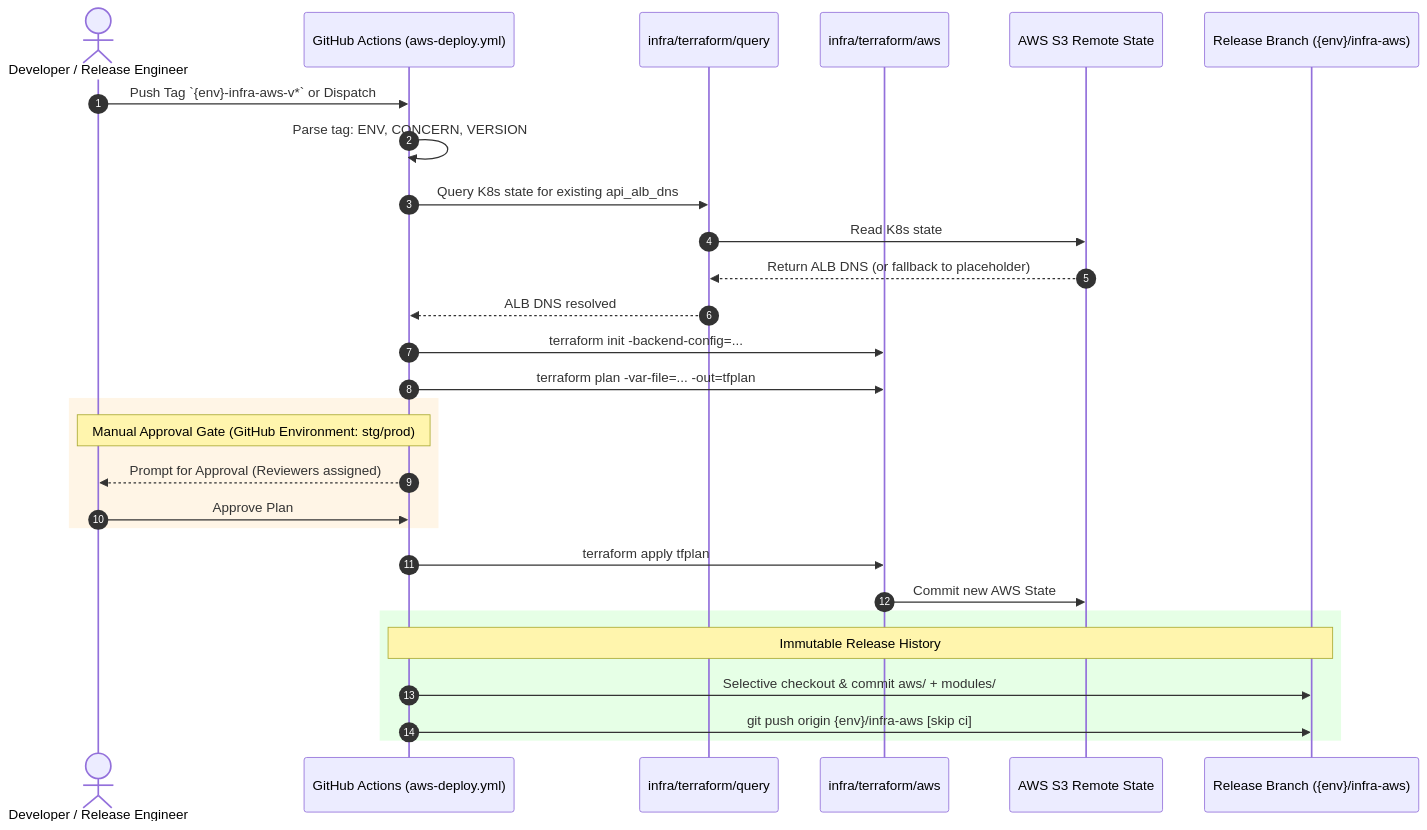
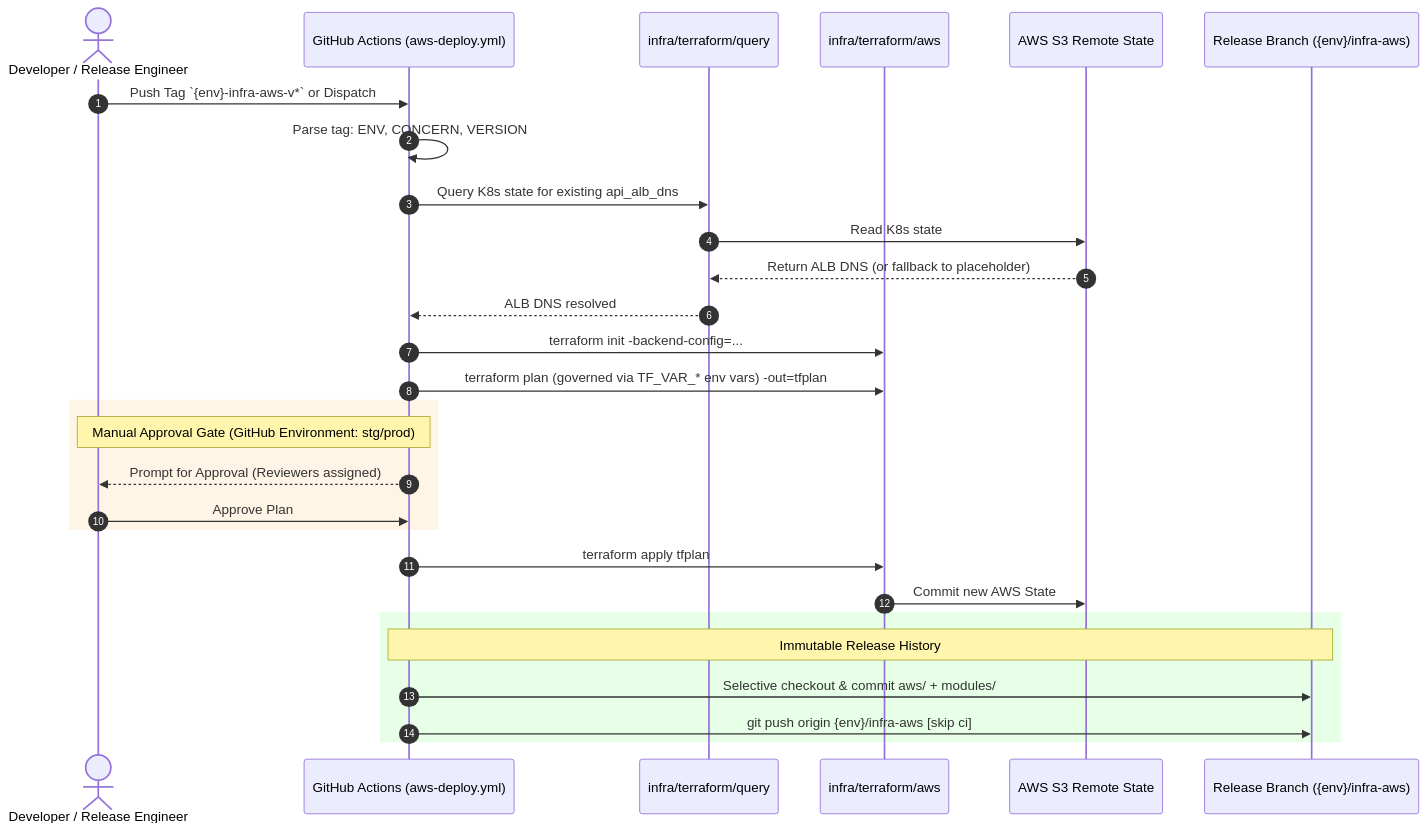
One commit to parth9218/Document-Intelligence-Platform changed the first of 2 diagrams in docs/context/infrastructure-cicd-spec.md. Above: the diagram before and after it, drawn with Mermaid. The commit also changed other lines of this file and 21 other files, not shown here.

````diff
--- a/docs/context/infrastructure-cicd-spec.md
+++ b/docs/context/infrastructure-cicd-spec.md
@@ -99,35 +93,35 @@
 ```mermaid
 sequenceDiagram
     autonumber
     actor Dev as Developer / Release Engineer
     participant GH as GitHub Actions (aws-deploy.yml)
     participant Query as infra/terraform/query
     participant AWS as infra/terraform/aws
     participant S3 as AWS S3 Remote State
     participant Git as Release Branch ({env}/infra-aws)
 
     Dev->>GH: Push Tag `{env}-infra-aws-v*` or Dispatch
     GH->>GH: Parse tag: ENV, CONCERN, VERSION
     GH->>Query: Query K8s state for existing api_alb_dns
     Query->>S3: Read K8s state
     S3-->>Query: Return ALB DNS (or fallback to placeholder)
     Query-->>GH: ALB DNS resolved
     
     GH->>AWS: terraform init -backend-config=...
-    GH->>AWS: terraform plan -var-file=... -out=tfplan
+    GH->>AWS: terraform plan (governed via TF_VAR_* env vars) -out=tfplan
     
     rect rgb(255, 245, 230)
         Note over GH, Dev: Manual Approval Gate (GitHub Environment: stg/prod)
         GH-->>Dev: Prompt for Approval (Reviewers assigned)
         Dev->>GH: Approve Plan
     end
     
     GH->>AWS: terraform apply tfplan
     AWS->>S3: Commit new AWS State
     
     rect rgb(230, 255, 230)
         Note over GH, Git: Immutable Release History
         GH->>Git: Selective checkout & commit aws/ + modules/
         GH->>Git: git push origin {env}/infra-aws [skip ci]
     end
 ```
````
